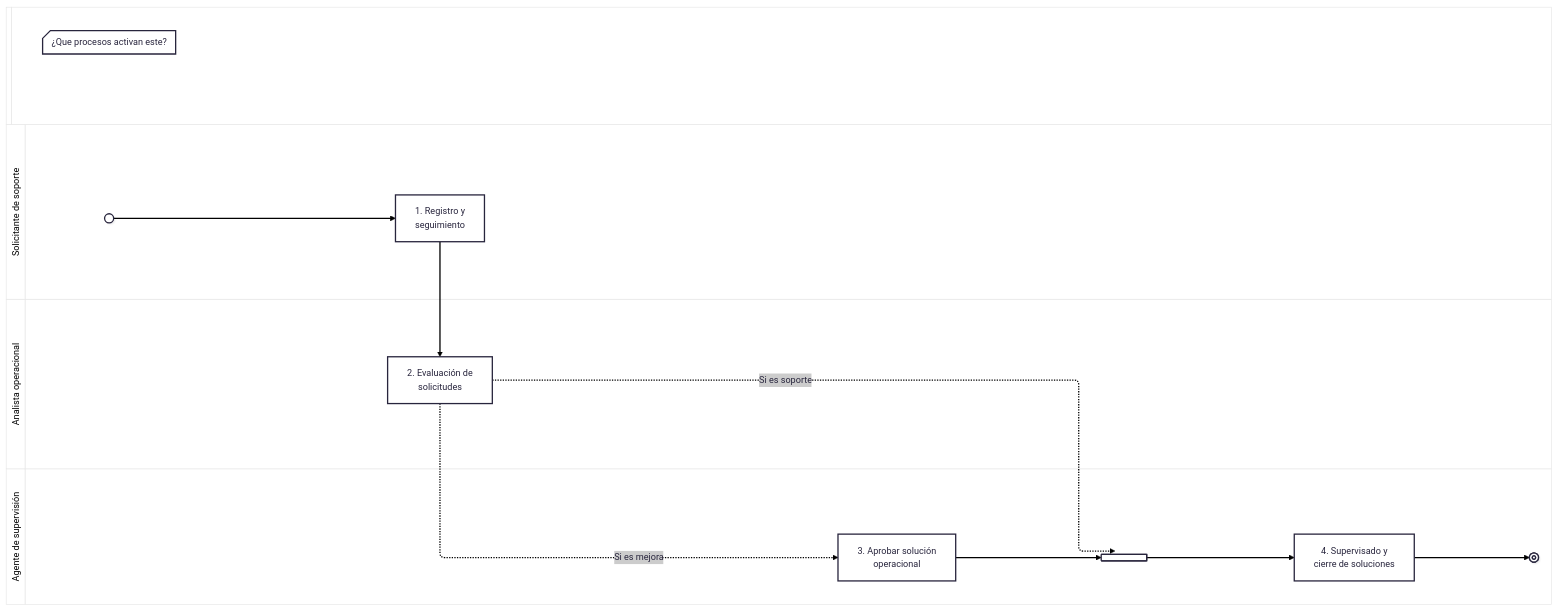
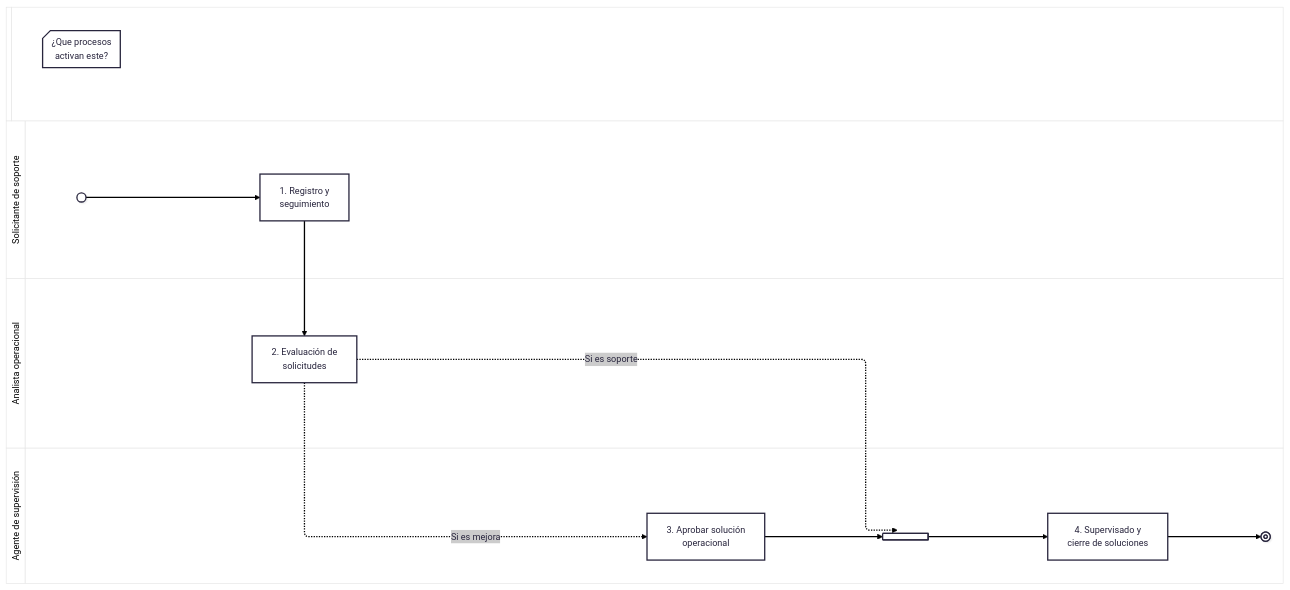
The diagram in products/docs-standard/diagramas/work-coordination-diagram.md (the-alive-lab/vslices), drawn with Mermaid before and after one commit.

Commit message:
Update label in work coordination diagram

````diff
--- a/products/docs-standard/diagramas/work-coordination-diagram.md
+++ b/products/docs-standard/diagramas/work-coordination-diagram.md
@@ -64,29 +64,29 @@
 ```mermaid
 ---
 config:
   theme: redux-color
 ---
 swimlane-beta LR
-    dudaInicio@{ shape: notch-rect, label: "¿Que procesos activan este?" }
+    dudaInicio@{ shape: notch-rect, label: "¿Que procesos<br/>activan este?" }
 
     subgraph solicitante ["Solicitante de soporte"]
         inicio@{ shape: sm-circ }
         registrar["1. Registro y<br/>seguimiento"]
     end
 
     subgraph analista ["Analista operacional"]
         evaluar["2. Evaluación de<br/>solicitudes"]
     end
 
     subgraph agente ["Agente de supervisión"]
         aprobar["3. Aprobar solución<br/>operacional"]
         sync@{ shape: fork }
         supervisar["4. Supervisado y<br/>cierre de soluciones"]
         fin@{ shape: framed-circle }
     end
 
     dudaInicio ~~~ inicio --> registrar --> evaluar
     evaluar -.->|"Si es soporte"| sync
     evaluar -.->|"Si es mejora"| aprobar
     aprobar --> sync --> supervisar --> fin
 ```
````
